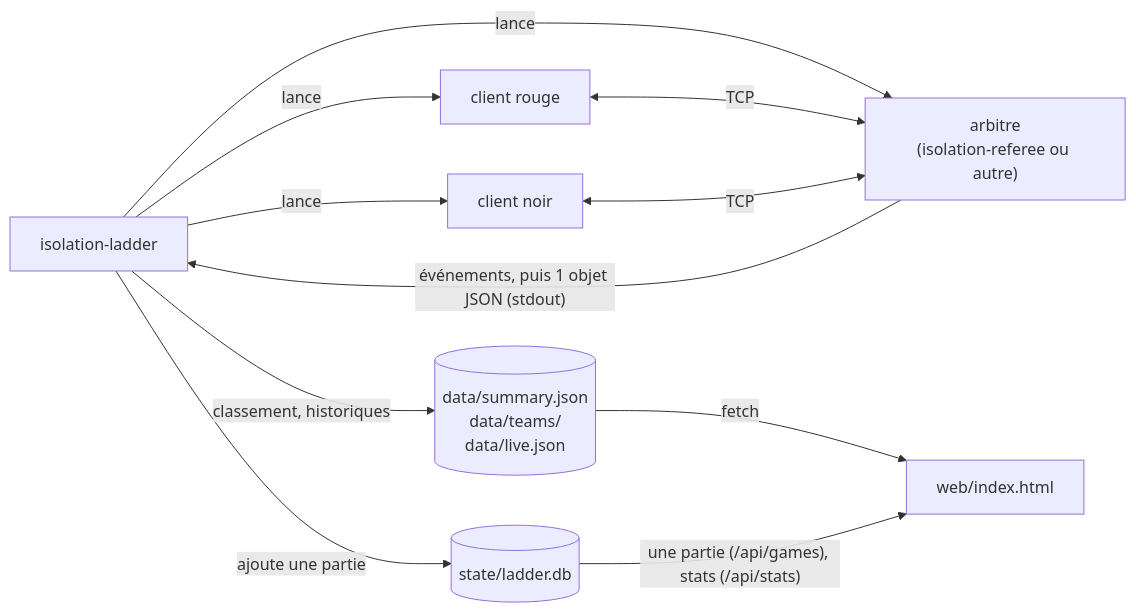
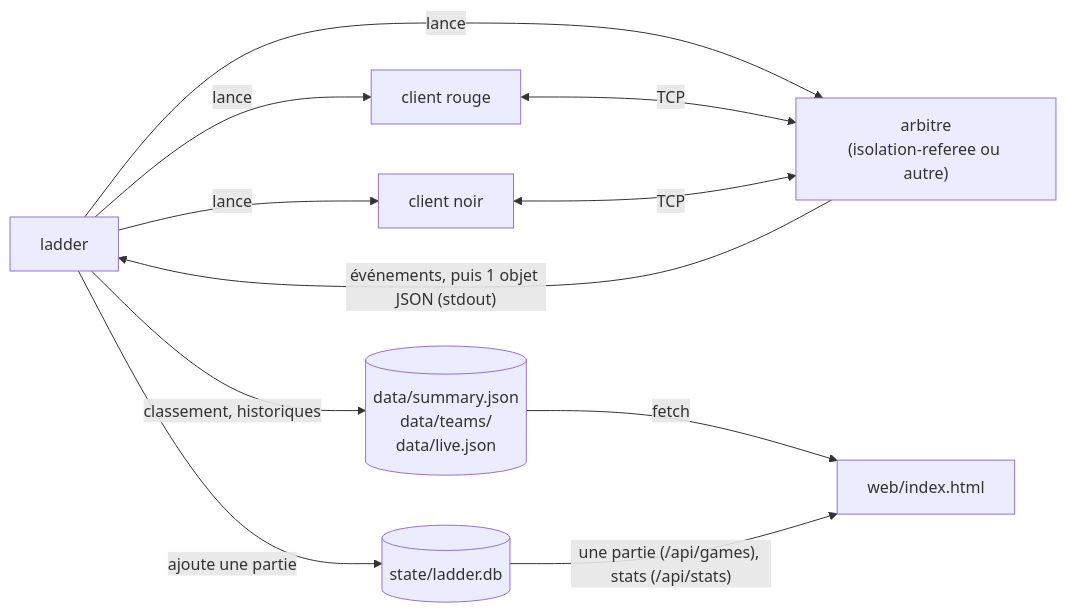
The first of 4 diagrams in docs/formats.md (VianAtETS/LOG200-Scoreboard), drawn with Mermaid before and after one commit. The commit also changed other lines of this file and 161 other files, not shown here.

````diff
--- a/docs/formats.md
+++ b/docs/formats.md
@@ -5,21 +5,21 @@
 ```mermaid
 flowchart LR
-    ladder[isolation-ladder]
+    ladder[ladder]
     referee["arbitre<br/>(isolation-referee ou autre)"]
     red[client rouge]
     black[client noir]
     db[(state/ladder.db)]
     page[("data/summary.json<br/>data/teams/<br/>data/live.json")]
     web[web/index.html]
 
     ladder -- lance --> referee
     ladder -- lance --> red
     ladder -- lance --> black
     red <-- TCP --> referee
     black <-- TCP --> referee
     referee -- "événements, puis 1 objet JSON (stdout)" --> ladder
     ladder -- ajoute une partie --> db
     ladder -- classement, historiques --> page
     page -- fetch --> web
     db -- "une partie (/api/games), stats (/api/stats)" --> web
 ```
````
